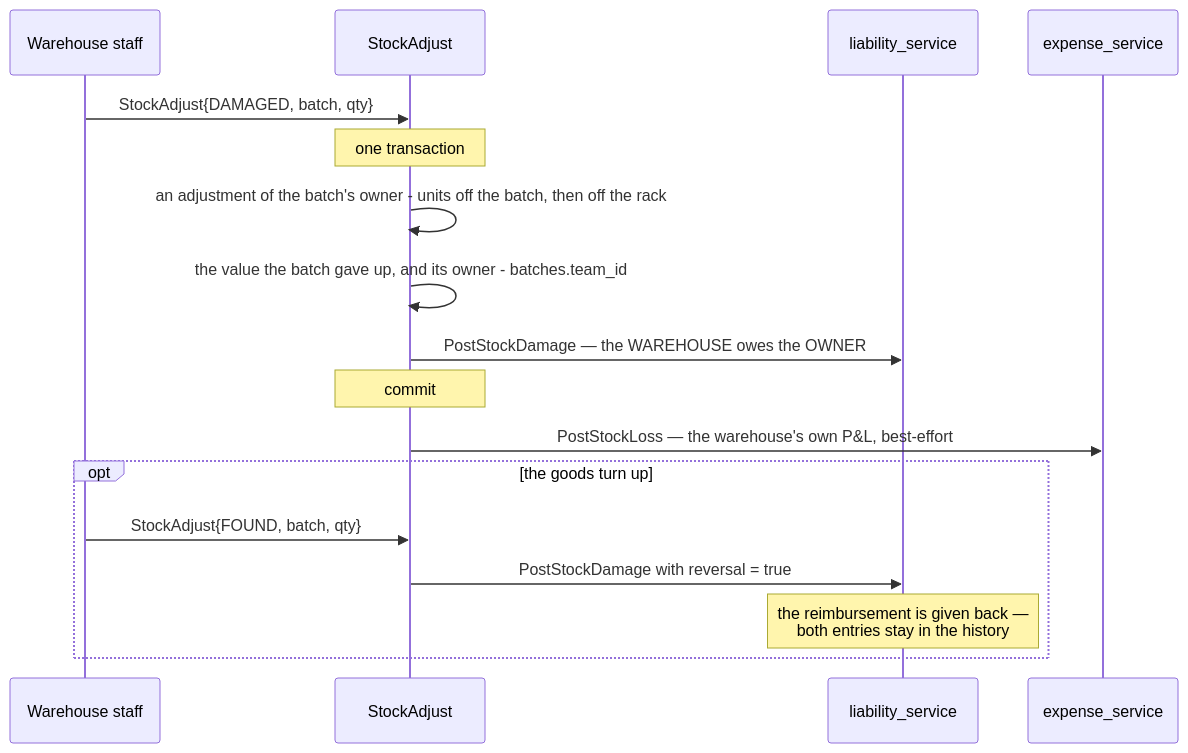
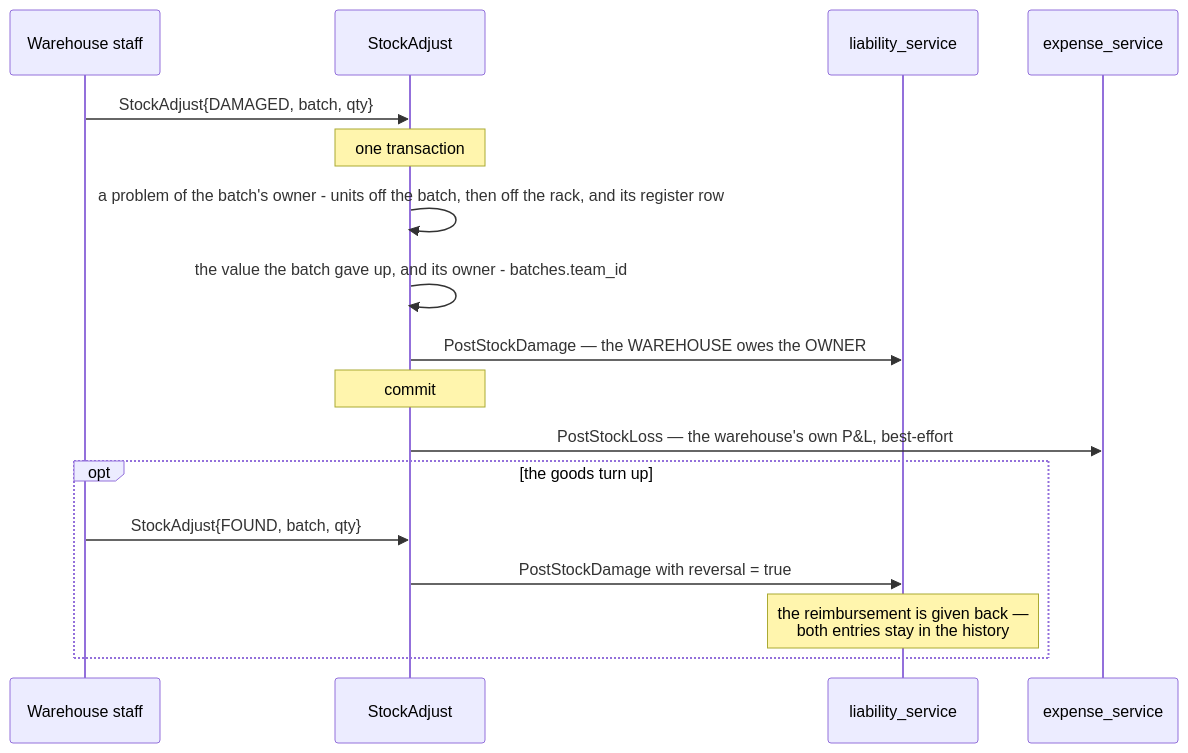
Before and after one commit to pdcgo/warehouse_revamp: diagram 19 of 21 in docs/services/inventory_service/rpc.md, drawn with Mermaid. The commit also changed other lines of this file and 159 other files, not shown here.

````diff
--- a/docs/services/inventory_service/rpc.md
+++ b/docs/services/inventory_service/rpc.md
@@ -870,21 +867,21 @@
 ```mermaid
 sequenceDiagram
     participant W as Warehouse staff
     participant I as StockAdjust
     participant S as liability_service
     participant E as expense_service
 
     W->>I: StockAdjust{DAMAGED, batch, qty}
     Note over I: one transaction
-    I->>I: an adjustment of the batch's owner - units off the batch, then off the rack
+    I->>I: a problem of the batch's owner - units off the batch, then off the rack, and its register row
     I->>I: the value the batch gave up, and its owner - batches.team_id
     I->>S: PostStockDamage — the WAREHOUSE owes the OWNER
     Note over I: commit
     I->>E: PostStockLoss — the warehouse's own P&L, best-effort
 
     opt the goods turn up
         W->>I: StockAdjust{FOUND, batch, qty}
         I->>S: PostStockDamage with reversal = true
         Note over S: the reimbursement is given back —<br/>both entries stay in the history
     end
 ```
````
